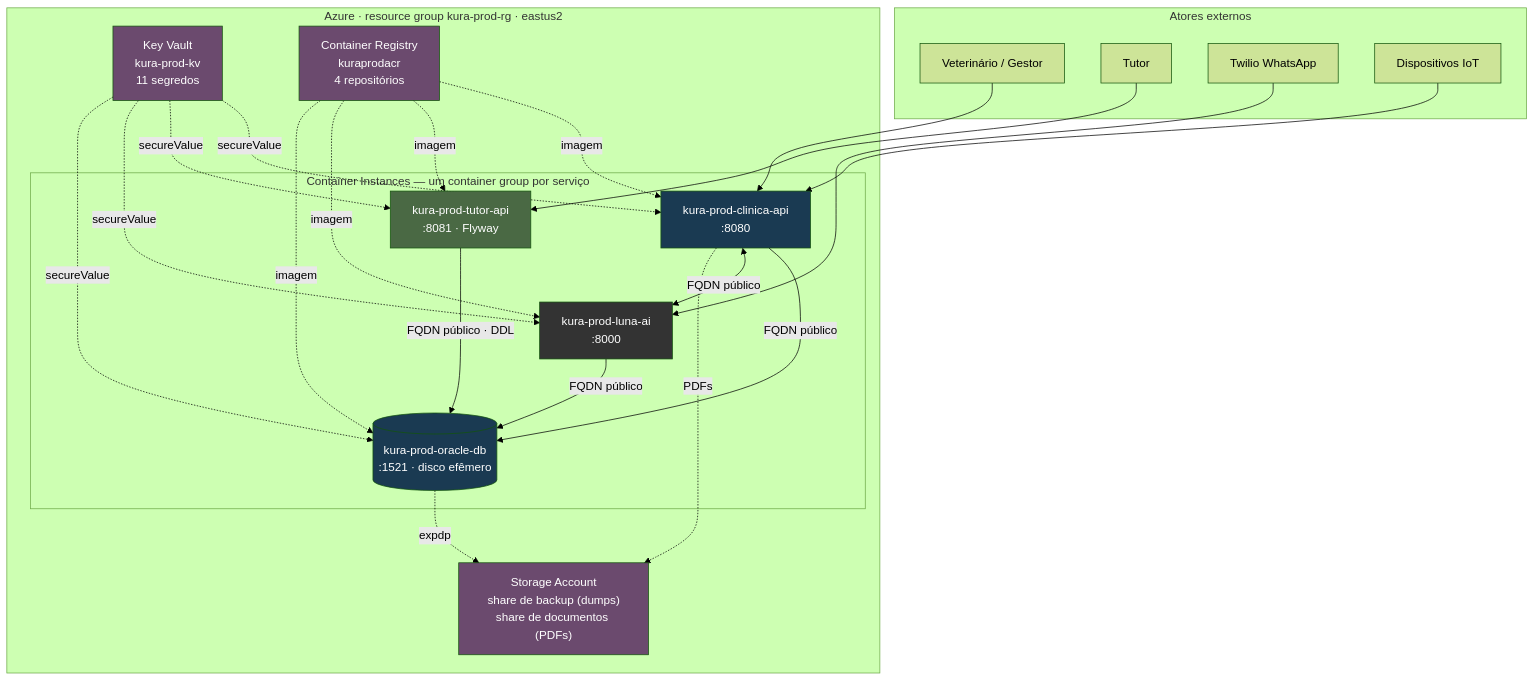
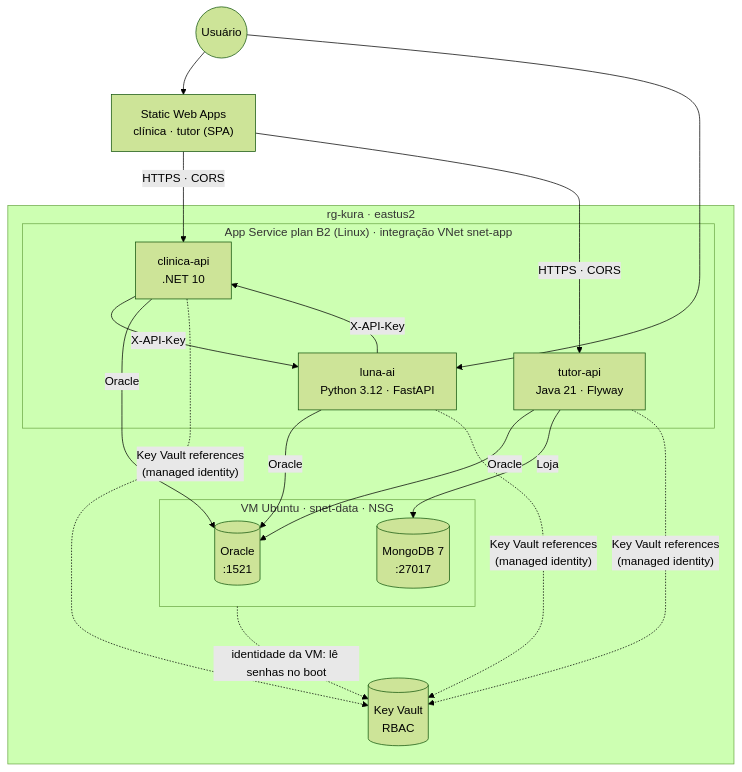
The first of 2 diagrams in docs/ARQUITETURA.md (KURA-Clyvo/DevOps-Cloud), drawn with Mermaid (forest theme) before and after one commit. The commit also changed other lines of this file and 21 other files, not shown here.

````diff
--- a/docs/ARQUITETURA.md
+++ b/docs/ARQUITETURA.md
@@ -69,51 +16,24 @@
 ```mermaid
 flowchart TB
-    subgraph externo["Atores externos"]
-        vet2["Veterinário / Gestor"]
-        tutor2["Tutor"]
-        twilio2["Twilio WhatsApp"]
-        iot2["Dispositivos IoT"]
+  user(("Usuário")) --> swa["Static Web Apps<br/>clínica · tutor (SPA)"]
+  user --> luna
+  swa -->|"HTTPS · CORS"| cl & tu
+  subgraph rg ["rg-kura · eastus2"]
+    subgraph asp ["App Service plan B2 (Linux) · integração VNet snet-app"]
+      cl["clinica-api<br/>.NET 10"]
+      tu["tutor-api<br/>Java 21 · Flyway"]
+      luna["luna-ai<br/>Python 3.12 · FastAPI"]
     end
-
-    subgraph azure["Azure · resource group kura-prod-rg · eastus2"]
-        kv["Key Vault<br/>kura-prod-kv<br/>11 segredos"]
-        acr["Container Registry<br/>kuraprodacr<br/>4 repositórios"]
-        st["Storage Account<br/>share de backup (dumps)<br/>share de documentos (PDFs)"]
-
-        subgraph acis["Container Instances — um container group por serviço"]
-            api2["kura-prod-clinica-api<br/>:8080"]
-            tutorapi2["kura-prod-tutor-api<br/>:8081 · Flyway"]
-            luna2["kura-prod-luna-ai<br/>:8000"]
-            oracle2[("kura-prod-oracle-db<br/>:1521 · disco efêmero")]
-        end
+    kv[("Key Vault<br/>RBAC")]
+    subgraph vm ["VM Ubuntu · snet-data · NSG"]
+      ora[("Oracle<br/>:1521")]
+      mongo[("MongoDB 7<br/>:27017")]
     end
-
-    vet2 --> api2
-    iot2 --> api2
-    tutor2 --> tutorapi2
-    twilio2 --> luna2
-
-    api2 -->|FQDN público| oracle2
-    tutorapi2 -->|FQDN público · DDL| oracle2
-    luna2 -->|FQDN público| oracle2
-    api2 <-->|FQDN público| luna2
-
-    acr -.imagem.-> api2
-    acr -.imagem.-> tutorapi2
-    acr -.imagem.-> luna2
-    acr -.imagem.-> oracle2
-    kv -.secureValue.-> api2
-    kv -.secureValue.-> tutorapi2
-    kv -.secureValue.-> luna2
-    kv -.secureValue.-> oracle2
-    oracle2 -.expdp.-> st
-    api2 -.PDFs.-> st
-
-    style oracle2 fill:#1A3A52,color:#fff
-    style api2 fill:#1A3A52,color:#fff
-    style tutorapi2 fill:#4A6944,color:#fff
-    style luna2 fill:#333,color:#fff
-    style kv fill:#6B4A6E,color:#fff
-    style acr fill:#6B4A6E,color:#fff
-    style st fill:#6B4A6E,color:#fff
+  end
+  cl -->|"X-API-Key"| luna
+  luna -->|"X-API-Key"| cl
+  cl & tu & luna -->|"Oracle"| ora
+  tu -->|"Loja"| mongo
+  cl & tu & luna -.->|"Key Vault references<br/>(managed identity)"| kv
+  vm -.->|"identidade da VM: lê senhas no boot"| kv
 ```
````
